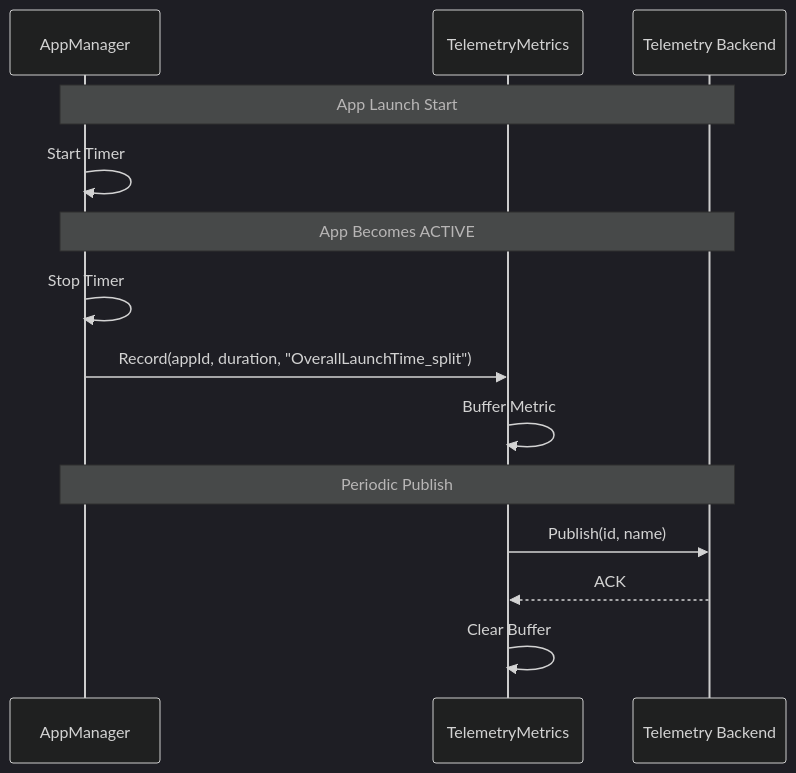
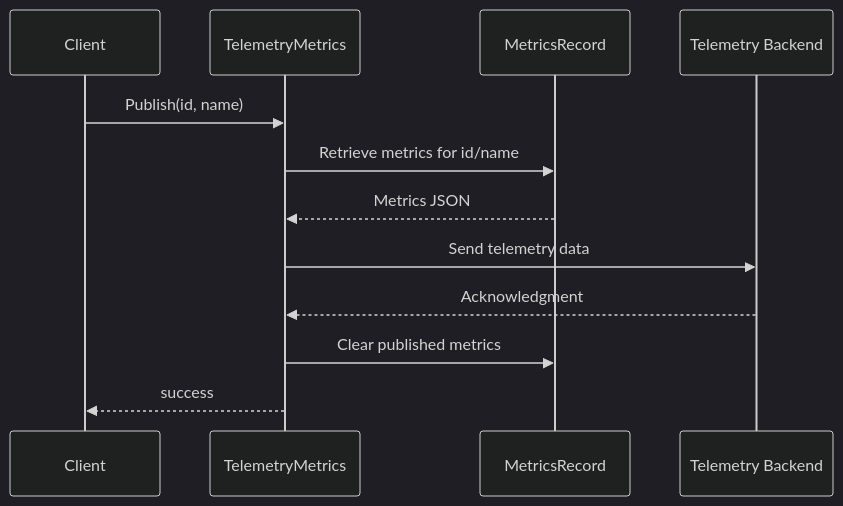
Before and after one commit to rdkcentral/entservices-appmanagers: the third of 3 diagrams in TelemetryMetrics/TelemetryMetrics.md, drawn with Mermaid (dark theme). The commit also changed other lines of this file and 19 other files, not shown here.

````diff
--- a/TelemetryMetrics/TelemetryMetrics.md
+++ b/TelemetryMetrics/TelemetryMetrics.md
@@ -150,19 +133,15 @@
 ```mermaid
 sequenceDiagram
-    participant App as AppManager
+    participant Client
     participant TM as TelemetryMetrics
+    participant Store as MetricsRecord
     participant Backend as Telemetry Backend
 
-    Note over App,Backend: App Launch Start
-    App->>App: Start Timer
-
-    Note over App,Backend: App Becomes ACTIVE
-    App->>App: Stop Timer
-    App->>TM: Record(appId, duration, "OverallLaunchTime_split")
-    TM->>TM: Buffer Metric
-
-    Note over App,Backend: Periodic Publish
-    TM->>Backend: Publish(id, name)
-    Backend-->>TM: ACK
-    TM->>TM: Clear Buffer
+    Client->>TM: Publish(id, name)
+    TM->>Store: Retrieve metrics for id/name
+    Store-->>TM: Metrics JSON
+    TM->>Backend: Send telemetry data
+    Backend-->>TM: Acknowledgment
+    TM->>Store: Clear published metrics
+    TM-->>Client: success
 ```
````
